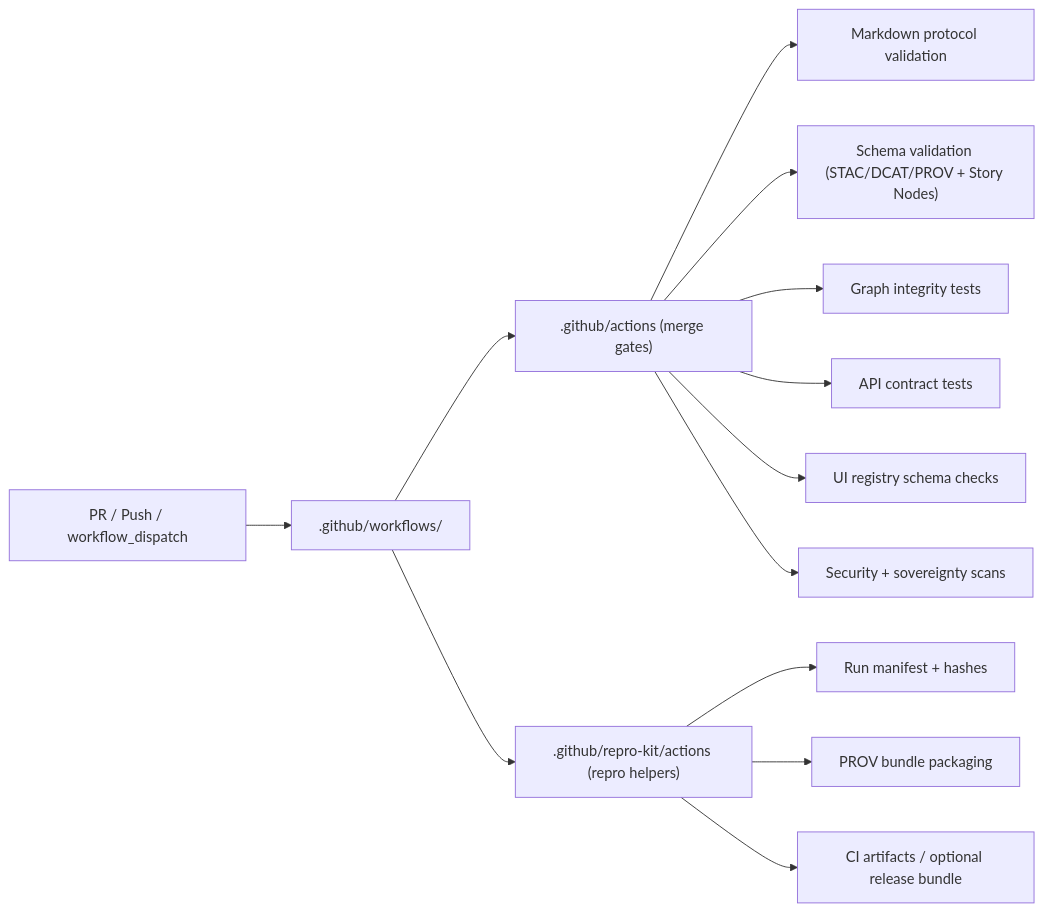
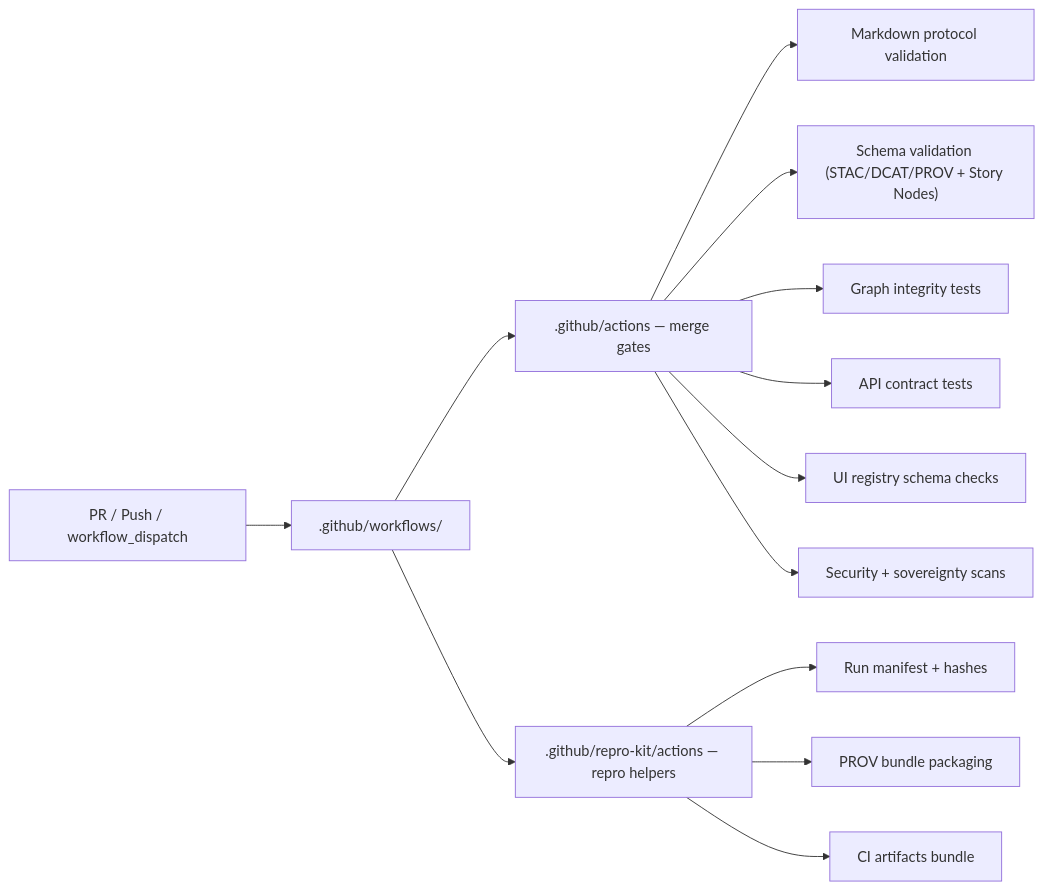
One commit to bartytime4life/Kansas-Frontier-Matrix changed the first of 2 diagrams in .github/repro-kit/actions/README.md. Above: the diagram before and after it, drawn with Mermaid. The commit also changed other lines of this file, not shown here.

```diff
--- a/.github/repro-kit/actions/README.md
+++ b/.github/repro-kit/actions/README.md
@@ -194,18 +263,18 @@
 ~~~mermaid
 flowchart LR
   TRIG["PR / Push / workflow_dispatch"] --> WF[".github/workflows/"]
 
-  WF --> GA[".github/actions (merge gates)"]
-  WF --> RK[".github/repro-kit/actions (repro helpers)"]
+  WF --> GA[".github/actions — merge gates"]
+  WF --> RK[".github/repro-kit/actions — repro helpers"]
 
   GA --> V1["Markdown protocol validation"]
   GA --> V2["Schema validation (STAC/DCAT/PROV + Story Nodes)"]
   GA --> V3["Graph integrity tests"]
   GA --> V4["API contract tests"]
   GA --> V5["UI registry schema checks"]
   GA --> V6["Security + sovereignty scans"]
 
   RK --> M1["Run manifest + hashes"]
   RK --> P1["PROV bundle packaging"]
-  RK --> A1["CI artifacts / optional release bundle"]
+  RK --> A1["CI artifacts bundle"]
 ~~~
```
